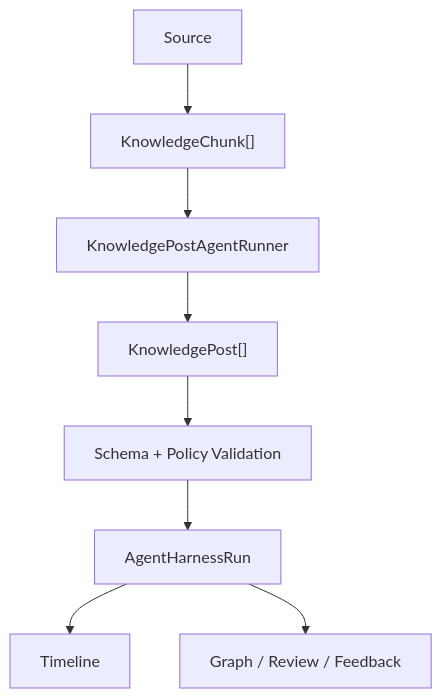
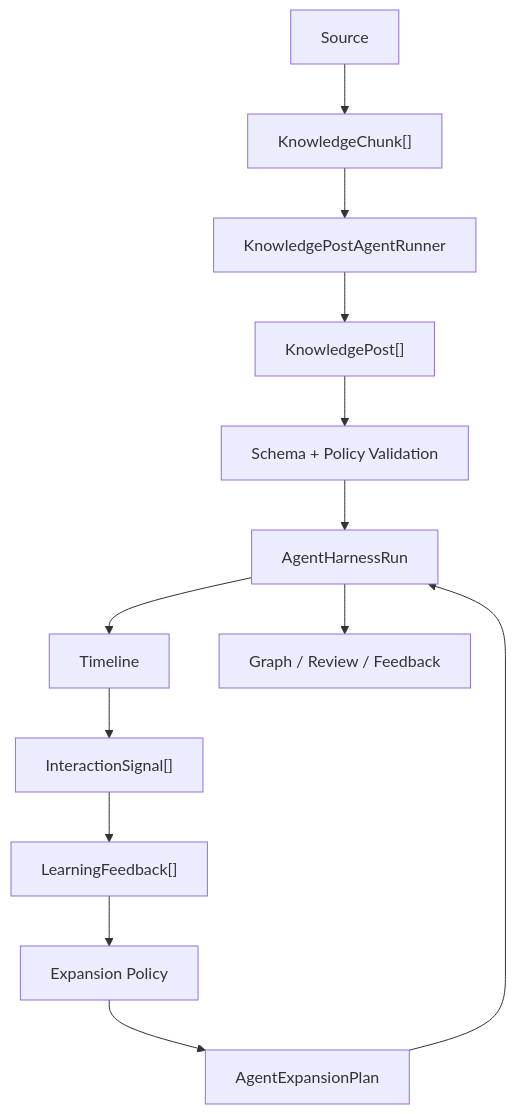
The diagram in docs/agent-harness.md (MaxGzLi/AItimeline), drawn with Mermaid before and after one commit. The commit also changed other lines of this file and 6 other files, not shown here.

Commit message:
Add feedback expansion policy

````diff
--- a/docs/agent-harness.md
+++ b/docs/agent-harness.md
@@ -38,10 +39,15 @@
 ```mermaid
 flowchart TD
   Source["Source"] --> Chunks["KnowledgeChunk[]"]
   Chunks --> Runner["KnowledgePostAgentRunner"]
   Runner --> Posts["KnowledgePost[]"]
   Posts --> Validator["Schema + Policy Validation"]
   Validator --> Run["AgentHarnessRun"]
   Run --> Timeline["Timeline"]
+  Timeline --> Signals["InteractionSignal[]"]
+  Signals --> Feedback["LearningFeedback[]"]
+  Feedback --> Expansion["Expansion Policy"]
+  Expansion --> Queue["AgentExpansionPlan"]
+  Queue --> Run
   Run --> Graph["Graph / Review / Feedback"]
 ```
````
